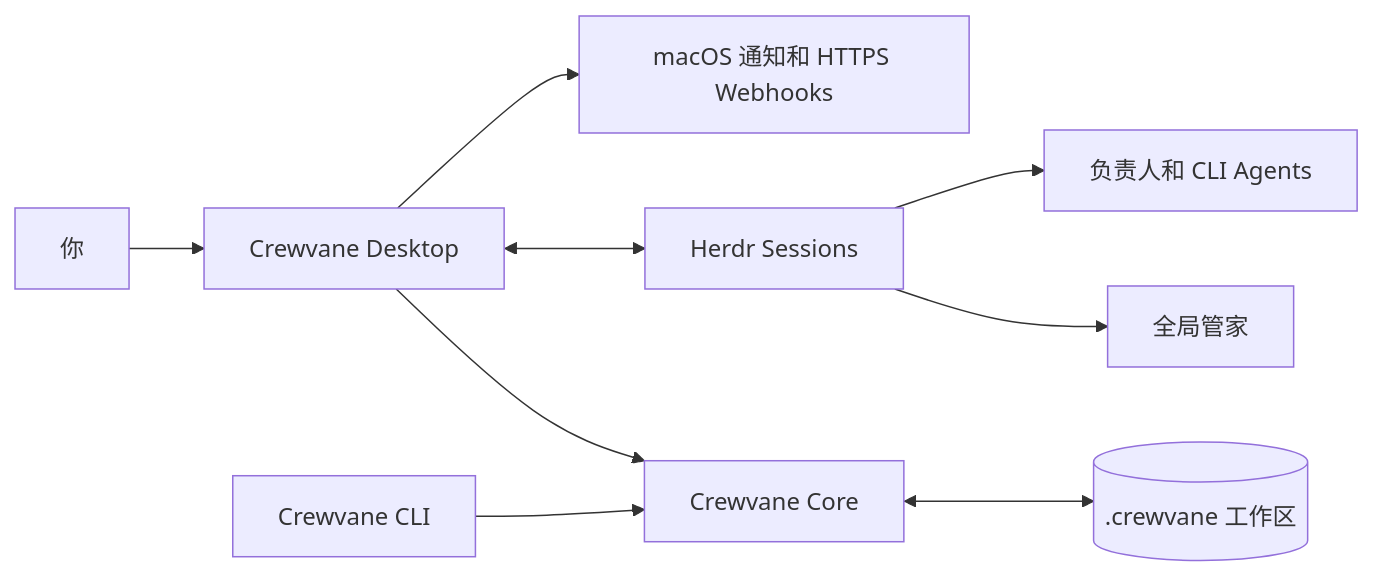
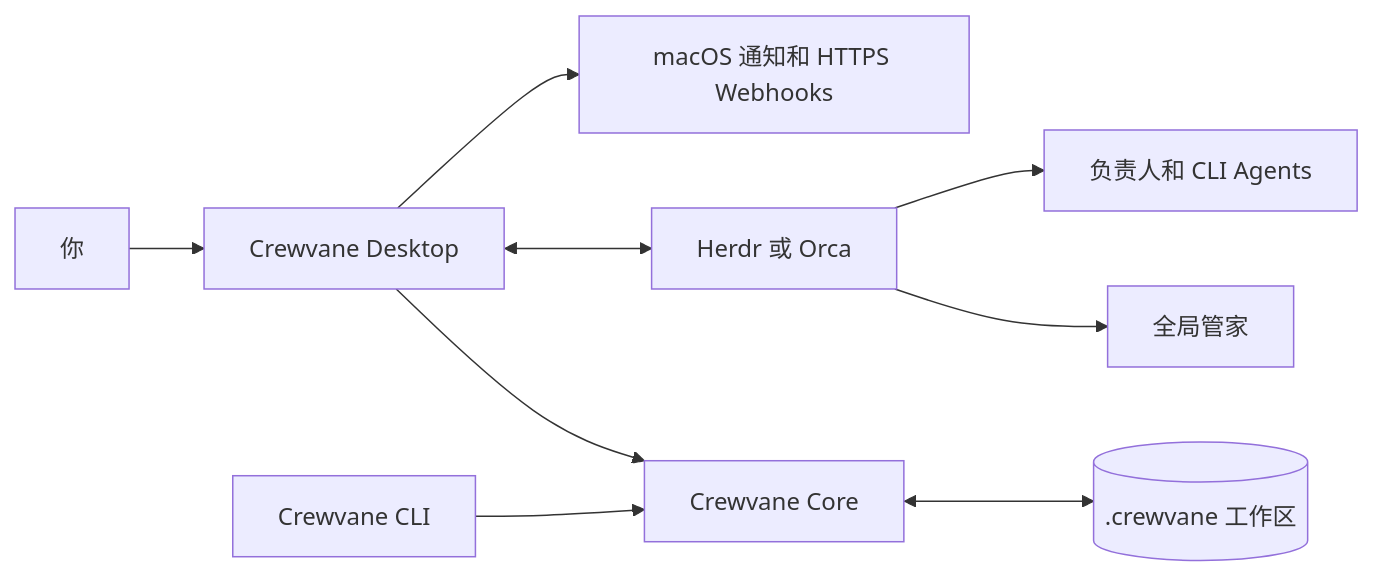
Before and after one commit to gdli6177/crewvane: the diagram in README.zh-CN.md, drawn with Mermaid. The commit also changed other lines of this file and 117 other files, not shown here.

First line of the commit message:
feat: ship exclusive Herdr / Orca session backends in v0.11.0 (#52)

````diff
--- a/README.zh-CN.md
+++ b/README.zh-CN.md
@@ -189,11 +205,11 @@
 ```mermaid
 flowchart LR
     Human[你] --> Desktop[Crewvane Desktop]
     Desktop --> Core[Crewvane Core]
     CLI[Crewvane CLI] --> Core
-    Desktop <--> Herdr[Herdr Sessions]
-    Herdr --> Concierge[全局管家]
-    Herdr --> Owners[负责人和 CLI Agents]
+    Desktop <--> Sessions[Herdr 或 Orca]
+    Sessions --> Concierge[全局管家]
+    Sessions --> Owners[负责人和 CLI Agents]
     Core <--> State[(.crewvane 工作区)]
     Desktop --> Notify[macOS 通知和 HTTPS Webhooks]
 ```
````
